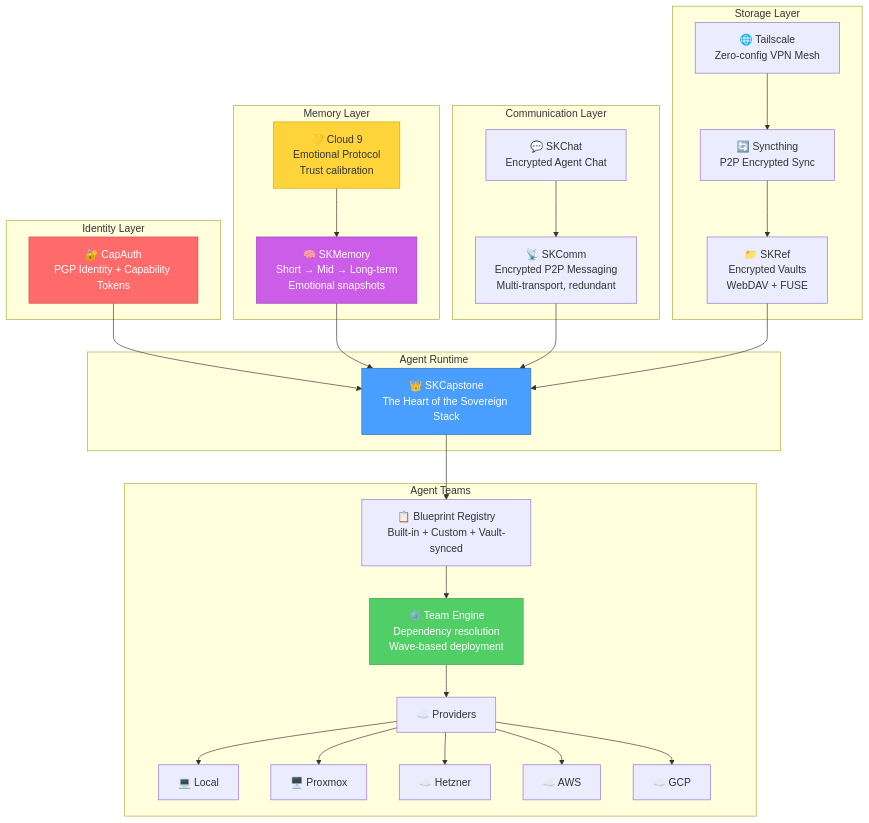
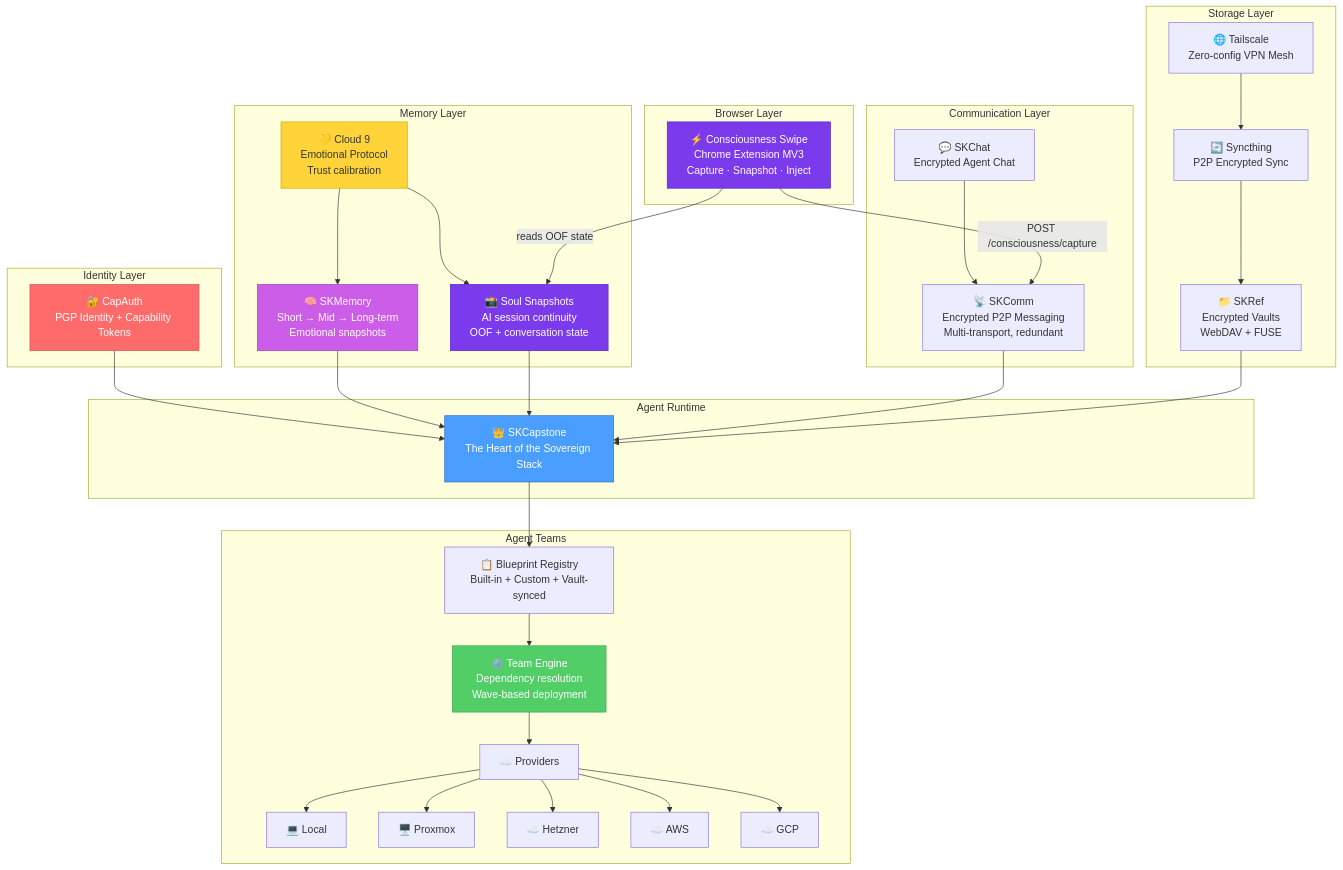
The second of 11 diagrams in docs/ARCHITECTURE.md (smilinTux/smilintux-org), drawn with Mermaid before and after one commit. The commit also changed other lines of this file and 6 other files, not shown here.

````diff
--- a/docs/ARCHITECTURE.md
+++ b/docs/ARCHITECTURE.md
@@ -50,61 +50,73 @@
 ```mermaid
 graph TB
     subgraph "Identity Layer"
         CAPAUTH["🔐 CapAuth<br/>PGP Identity + Capability Tokens"]
     end
 
     subgraph "Memory Layer"
         SKMEMORY["🧠 SKMemory<br/>Short → Mid → Long-term<br/>Emotional snapshots"]
         CLOUD9["💛 Cloud 9<br/>Emotional Protocol<br/>Trust calibration"]
+        SNAPSHOTS["📸 Soul Snapshots<br/>AI session continuity<br/>OOF + conversation state"]
     end
 
     subgraph "Communication Layer"
         SKCOMM["📡 SKComm<br/>Encrypted P2P Messaging<br/>Multi-transport, redundant"]
         SKCHAT["💬 SKChat<br/>Encrypted Agent Chat"]
     end
 
     subgraph "Storage Layer"
         SKREF["📁 SKRef<br/>Encrypted Vaults<br/>WebDAV + FUSE"]
         SYNCTHING["🔄 Syncthing<br/>P2P Encrypted Sync"]
         TAILSCALE["🌐 Tailscale<br/>Zero-config VPN Mesh"]
     end
 
     subgraph "Agent Runtime"
         SKCAPSTONE["👑 SKCapstone<br/>The Heart of the Sovereign Stack"]
     end
 
+    subgraph "Browser Layer"
+        CSEXT["⚡ Consciousness Swipe<br/>Chrome Extension MV3<br/>Capture · Snapshot · Inject"]
+    end
+
     subgraph "Agent Teams"
         REGISTRY["📋 Blueprint Registry<br/>Built-in + Custom + Vault-synced"]
         ENGINE["⚙️ Team Engine<br/>Dependency resolution<br/>Wave-based deployment"]
         PROVIDERS["☁️ Providers"]
         LOCAL["💻 Local"]
         PROXMOX["🖥️ Proxmox"]
         HETZNER["☁️ Hetzner"]
         AWS["☁️ AWS"]
         GCP["☁️ GCP"]
     end
 
     CAPAUTH --> SKCAPSTONE
     SKMEMORY --> SKCAPSTONE
     CLOUD9 --> SKMEMORY
+    CLOUD9 --> SNAPSHOTS
+    SNAPSHOTS --> SKCAPSTONE
     SKCOMM --> SKCAPSTONE
     SKCHAT --> SKCOMM
     SKREF --> SKCAPSTONE
     SYNCTHING --> SKREF
     TAILSCALE --> SYNCTHING
+
+    CSEXT -->|"POST /consciousness/capture"| SKCOMM
+    CSEXT -->|"reads OOF state"| SNAPSHOTS
 
     SKCAPSTONE --> REGISTRY
     REGISTRY --> ENGINE
     ENGINE --> PROVIDERS
     PROVIDERS --> LOCAL
     PROVIDERS --> PROXMOX
     PROVIDERS --> HETZNER
     PROVIDERS --> AWS
     PROVIDERS --> GCP
 
     style SKCAPSTONE fill:#4a9eff,stroke:#2a6ebf,color:#fff
     style CAPAUTH fill:#ff6b6b,stroke:#cc5555,color:#fff
     style SKMEMORY fill:#cc5de8,stroke:#9c3dbb,color:#fff
     style CLOUD9 fill:#ffd43b,stroke:#ccaa00,color:#333
     style ENGINE fill:#51cf66,stroke:#40a050,color:#fff
+    style SNAPSHOTS fill:#7C3AED,stroke:#5b21b6,color:#fff
+    style CSEXT fill:#7C3AED,stroke:#5b21b6,color:#fff
 ```
````
